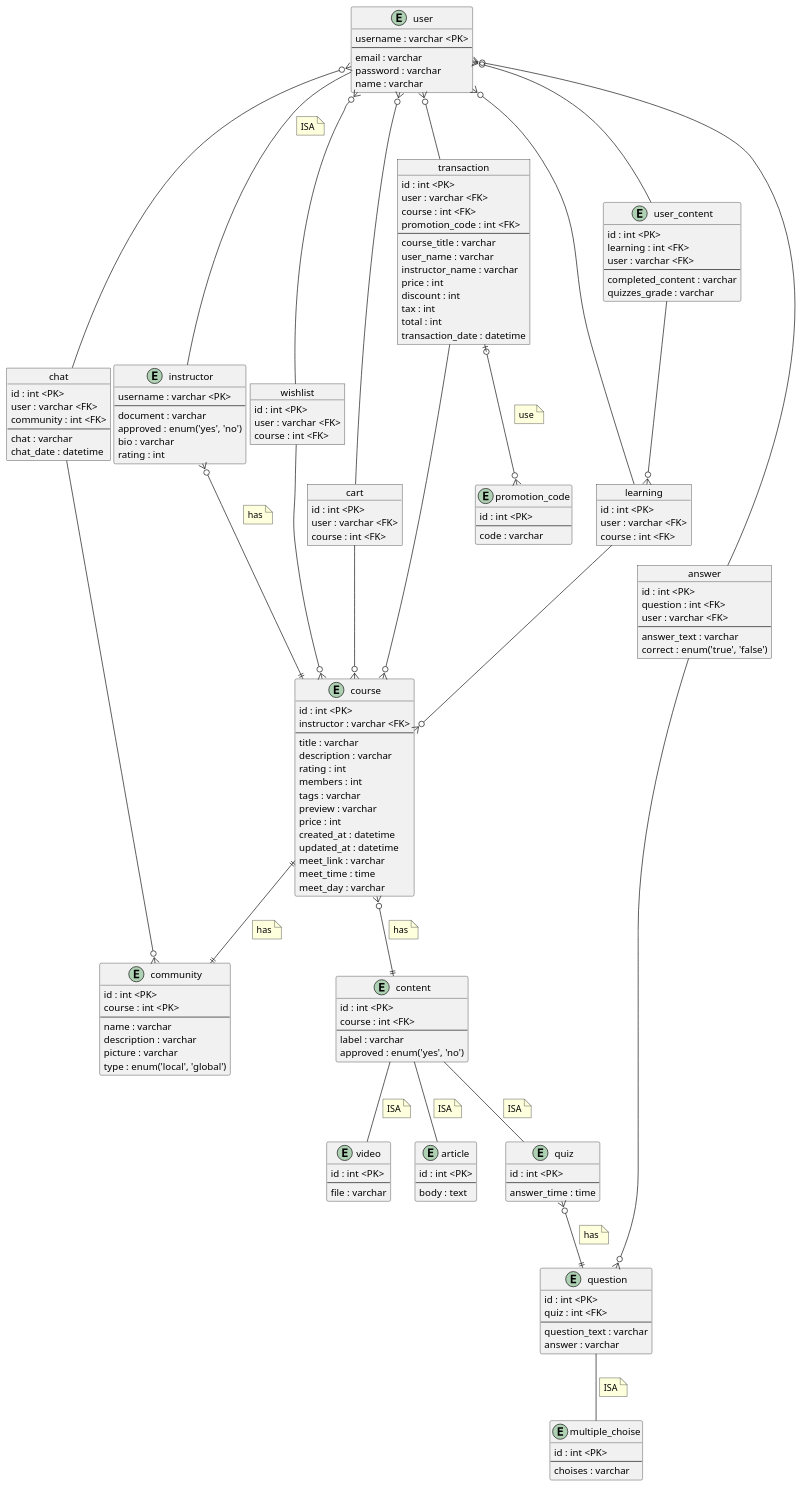
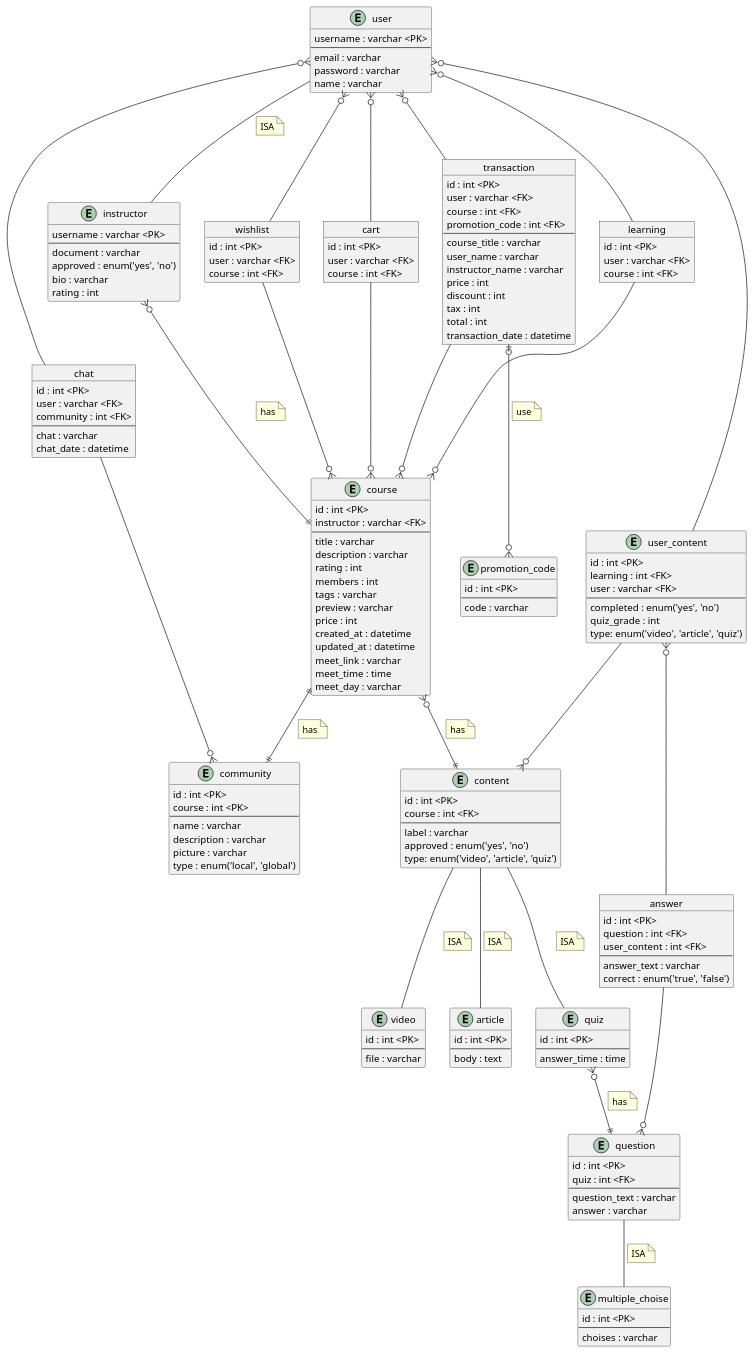
The diagram in docs/diagrams/entity-relationship.puml (iqmalakur/LearNteach), drawn with PlantUML before and after one commit. The commit also changed 16 other files, not shown here.

```diff
--- a/docs/diagrams/entity-relationship.puml
+++ b/docs/diagrams/entity-relationship.puml
@@ -98,8 +98,9 @@
     learning : int <FK>
     user : varchar <FK>
     --
-    completed_content : varchar
-    quizzes_grade : varchar
+    completed : enum('yes', 'no')
+    quiz_grade : int
+    type: enum('video', 'article', 'quiz')
 }
 
 entity content {
@@ -108,6 +109,7 @@
     --
     label : varchar
     approved : enum('yes', 'no')
+    type: enum('video', 'article', 'quiz')
 }
 
 entity video {
@@ -131,7 +133,7 @@
 object answer {
     id : int <PK>
     question : int <FK>
-    user : varchar <FK>
+    user_content : int <FK>
     --
     answer_text : varchar
     correct : enum('true', 'false')
@@ -214,10 +216,10 @@
 user }o-- chat
 chat --o{ community
 
-user }o-- answer
+user_content }o-- answer
 answer --o{ question
 
 user }o-- user_content
-user_content --o{ learning
+user_content --o{ content
 
 @enduml
```
